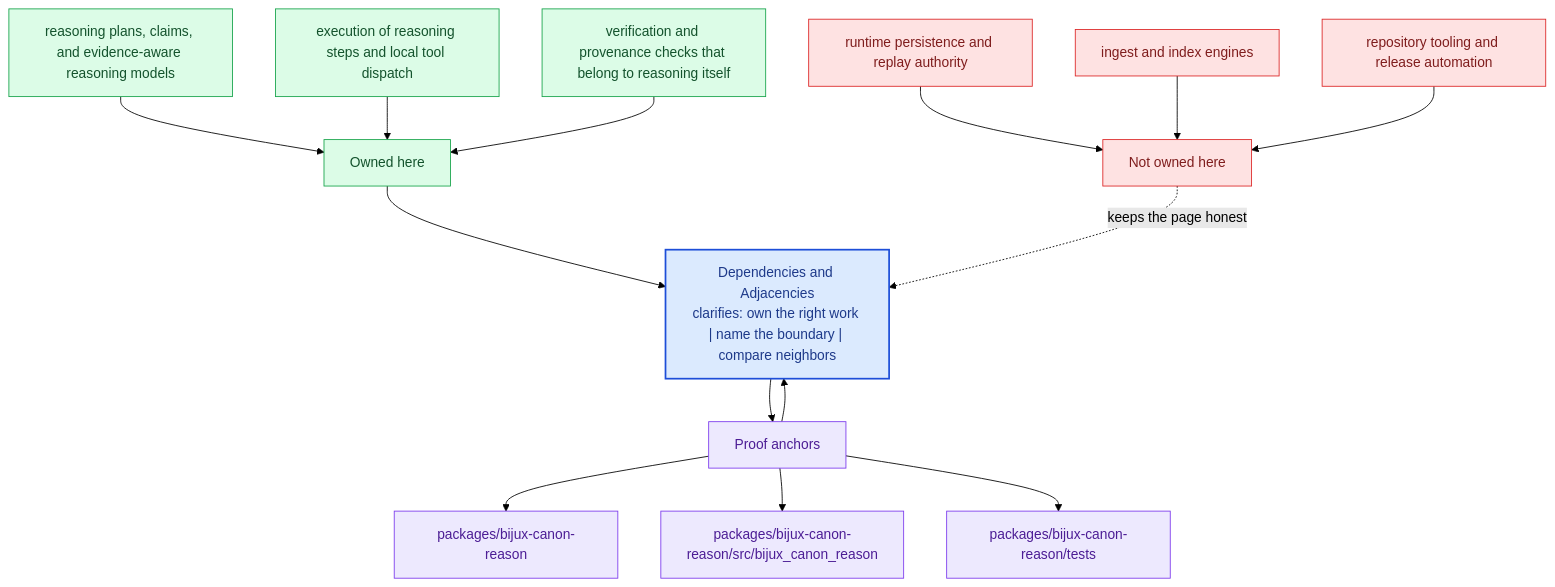
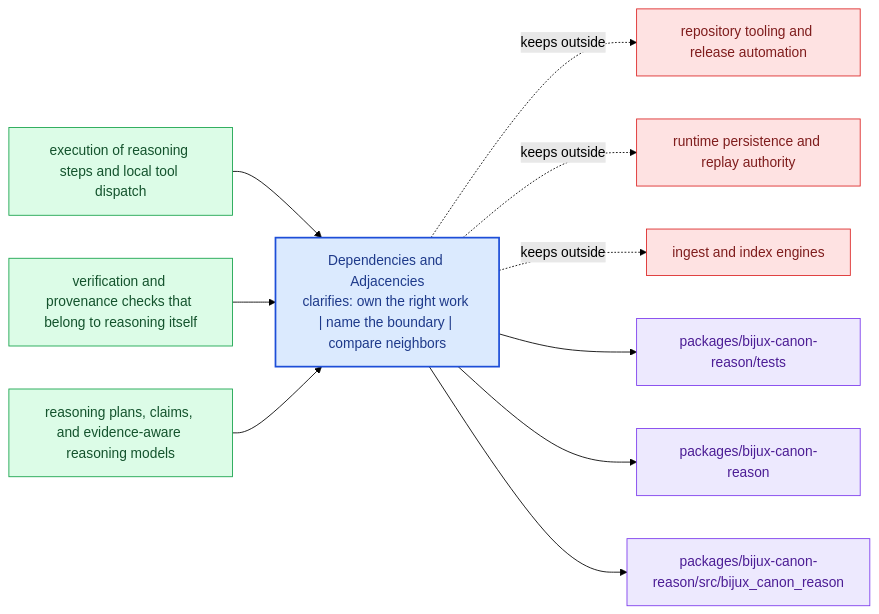
The diagram in docs/bijux-canon-reason/foundation/dependencies-and-adjacencies.md (bijux/bijux-canon), drawn with Mermaid (forest theme) before and after one commit. The commit also changed other lines of this file and 281 other files, not shown here.

Commit message:
docs(diagrams): replace repeated mermaid scaffolds with page-specific summaries

````diff
--- a/docs/bijux-canon-reason/foundation/dependencies-and-adjacencies.md
+++ b/docs/bijux-canon-reason/foundation/dependencies-and-adjacencies.md
@@ -69,40 +24,31 @@
 ```mermaid
-flowchart TB
-    promise["Dependencies and Adjacencies<br/>clarifies: own the right work | name the boundary | compare neighbors"]
-    classDef promise fill:#dbeafe,stroke:#1d4ed8,color:#1e3a8a,stroke-width:2px;
-    classDef driver fill:#dcfce7,stroke:#16a34a,color:#14532d;
-    classDef constraint fill:#fee2e2,stroke:#dc2626,color:#7f1d1d;
-    classDef ground fill:#ede9fe,stroke:#7c3aed,color:#4c1d95;
-    focus1["Owned here"]
-    focus1 --> promise
-    focus1_1["reasoning plans, claims, and evidence-aware reasoning models"]
-    focus1_1 --> focus1
-    focus1_2["execution of reasoning steps and local tool dispatch"]
-    focus1_2 --> focus1
-    focus1_3["verification and provenance checks that belong to reasoning itself"]
-    focus1_3 --> focus1
-    class focus1 driver;
-    class focus1_1,focus1_2,focus1_3 driver;
-    focus2["Not owned here"]
-    focus2 -.keeps the page honest.-> promise
-    focus2_1["runtime persistence and replay authority"]
-    focus2_1 --> focus2
-    focus2_2["ingest and index engines"]
-    focus2_2 --> focus2
-    focus2_3["repository tooling and release automation"]
-    focus2_3 --> focus2
-    class focus2 constraint;
-    class focus2_1,focus2_2,focus2_3 constraint;
-    focus3["Proof anchors"]
-    focus3 --> promise
-    promise --> focus3
-    focus3_1["packages/bijux-canon-reason"]
-    focus3 --> focus3_1
-    focus3_2["packages/bijux-canon-reason/src/bijux_canon_reason"]
-    focus3 --> focus3_2
-    focus3_3["packages/bijux-canon-reason/tests"]
-    focus3 --> focus3_3
-    class focus3 ground;
-    class focus3_1,focus3_2,focus3_3 ground;
-    class promise promise;
+flowchart LR
+    page["Dependencies and Adjacencies<br/>clarifies: own the right work | name the boundary | compare neighbors"]
+    classDef page fill:#dbeafe,stroke:#1d4ed8,color:#1e3a8a,stroke-width:2px;
+    classDef positive fill:#dcfce7,stroke:#16a34a,color:#14532d;
+    classDef caution fill:#fee2e2,stroke:#dc2626,color:#7f1d1d;
+    classDef anchor fill:#ede9fe,stroke:#7c3aed,color:#4c1d95;
+    classDef action fill:#fef3c7,stroke:#d97706,color:#7c2d12;
+    own1["execution of reasoning steps and local tool dispatch"]
+    own1 --> page
+    own2["verification and provenance checks that belong to reasoning itself"]
+    own2 --> page
+    own3["reasoning plans, claims, and evidence-aware reasoning models"]
+    own3 --> page
+    limit1["repository tooling and release automation"]
+    page -.keeps outside.-> limit1
+    limit2["runtime persistence and replay authority"]
+    page -.keeps outside.-> limit2
+    limit3["ingest and index engines"]
+    page -.keeps outside.-> limit3
+    anchor1["packages/bijux-canon-reason/tests"]
+    page --> anchor1
+    anchor2["packages/bijux-canon-reason"]
+    page --> anchor2
+    anchor3["packages/bijux-canon-reason/src/bijux_canon_reason"]
+    page --> anchor3
+    class page page;
+    class own1,own2,own3 positive;
+    class limit1,limit2,limit3 caution;
+    class anchor1,anchor2,anchor3 anchor;
 ```
````
